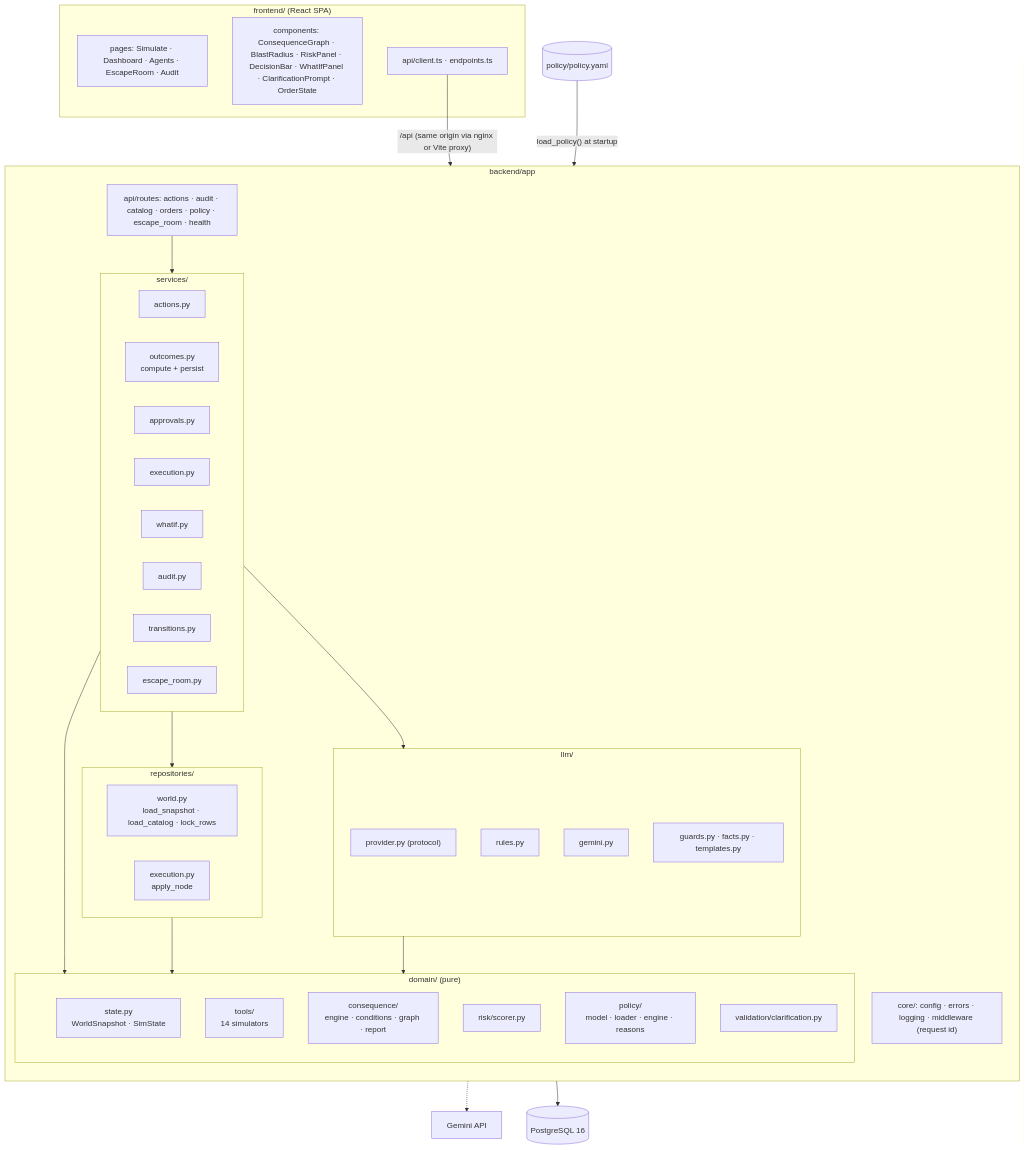
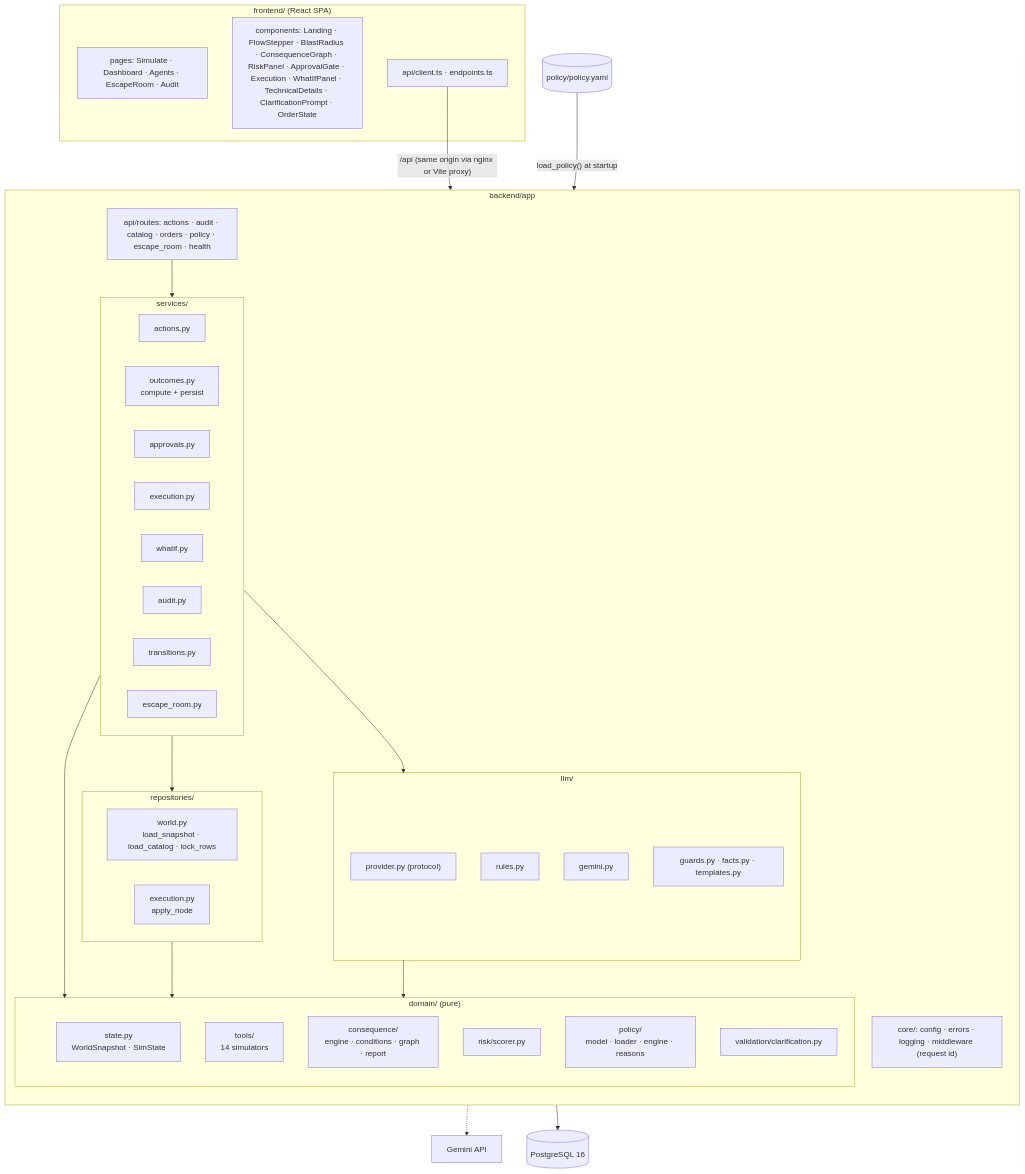
Before and after one commit to KRYSTALM7/cascade: the first of 10 diagrams in docs/TECHNICAL_DESIGN.md, drawn with Mermaid. The commit also changed other lines of this file and 78 other files, not shown here.

````diff
--- a/docs/TECHNICAL_DESIGN.md
+++ b/docs/TECHNICAL_DESIGN.md
@@ -118,57 +118,57 @@
 ```mermaid
 flowchart TB
     subgraph FE["frontend/ (React SPA)"]
         PAGES["pages: Simulate · Dashboard · Agents · EscapeRoom · Audit"]
-        COMP["components: ConsequenceGraph · BlastRadius · RiskPanel · DecisionBar · WhatIfPanel · ClarificationPrompt · OrderState"]
+        COMP["components: Landing · FlowStepper · BlastRadius · ConsequenceGraph · RiskPanel · ApprovalGate · Execution · WhatIfPanel · TechnicalDetails · ClarificationPrompt · OrderState"]
         APIC["api/client.ts · endpoints.ts"]
     end
 
     subgraph BE["backend/app"]
         direction TB
         CORE["core/: config · errors · logging · middleware (request id)"]
         ROUTES["api/routes: actions · audit · catalog · orders · policy · escape_room · health"]
         subgraph SV["services/"]
             ACTS["actions.py"]
             OUTC["outcomes.py<br/>compute + persist"]
             APPR["approvals.py"]
             EXEC["execution.py"]
             WIF["whatif.py"]
             AUDS["audit.py"]
             TRANS["transitions.py"]
             ESC["escape_room.py"]
         end
         subgraph DM["domain/ (pure)"]
             STATE["state.py<br/>WorldSnapshot · SimState"]
             TOOLS["tools/<br/>14 simulators"]
             CONS["consequence/<br/>engine · conditions · graph · report"]
             RISKD["risk/scorer.py"]
             POLD["policy/<br/>model · loader · engine · reasons"]
             VAL["validation/clarification.py"]
         end
         subgraph LL["llm/"]
             PROV["provider.py (protocol)"]
             RULES["rules.py"]
             GEMI["gemini.py"]
             GUARD["guards.py · facts.py · templates.py"]
         end
         subgraph RP["repositories/"]
             WORLD["world.py<br/>load_snapshot · load_catalog · lock_rows"]
             EXR["execution.py<br/>apply_node"]
         end
     end
 
     PG[("PostgreSQL 16")]
     YAML[("policy/policy.yaml")]
     GAPI["Gemini API"]
 
     APIC -->|"/api (same origin via nginx or Vite proxy)"| ROUTES
     ROUTES --> SV
     SV --> DM
     SV --> LL
     SV --> RP
     RP --> PG
     RP --> DM
     LL --> DM
     GEMI -.-> GAPI
     YAML -->|"load_policy() at startup"| POLD
 ```
````
